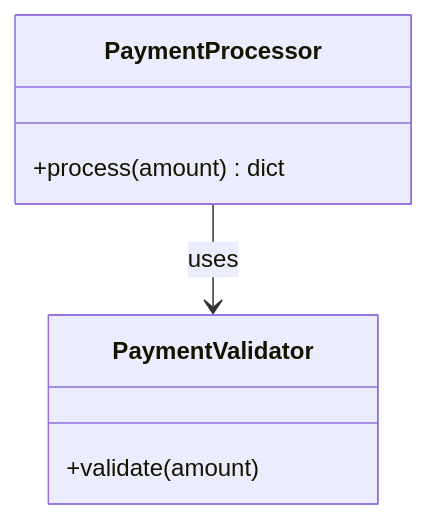
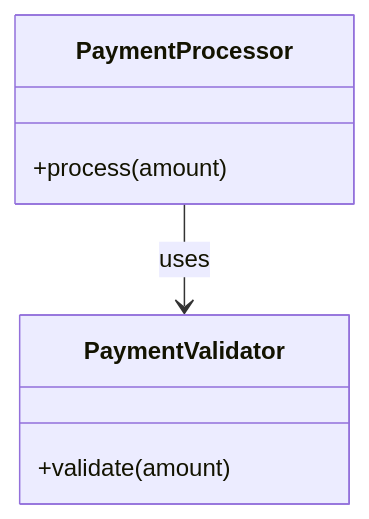
One commit to DYNURA-DocIntel-AI/Hackathon-AI-Doc-Governance changed the second of 2 diagrams in docs/PROJECT-DOCUMENTATION.md. Above: the diagram before and after it, drawn with Mermaid. The commit also changed other lines of this file, not shown here.

````diff
--- a/docs/PROJECT-DOCUMENTATION.md
+++ b/docs/PROJECT-DOCUMENTATION.md
@@ -140,10 +106,10 @@
 ```mermaid
 classDiagram
+    class PaymentProcessor {
+        +process(amount)
+    }
     class PaymentValidator {
         +validate(amount)
     }
-    class PaymentProcessor {
-        +process(amount) dict
-    }
     PaymentProcessor --> PaymentValidator : uses
 ```
````
